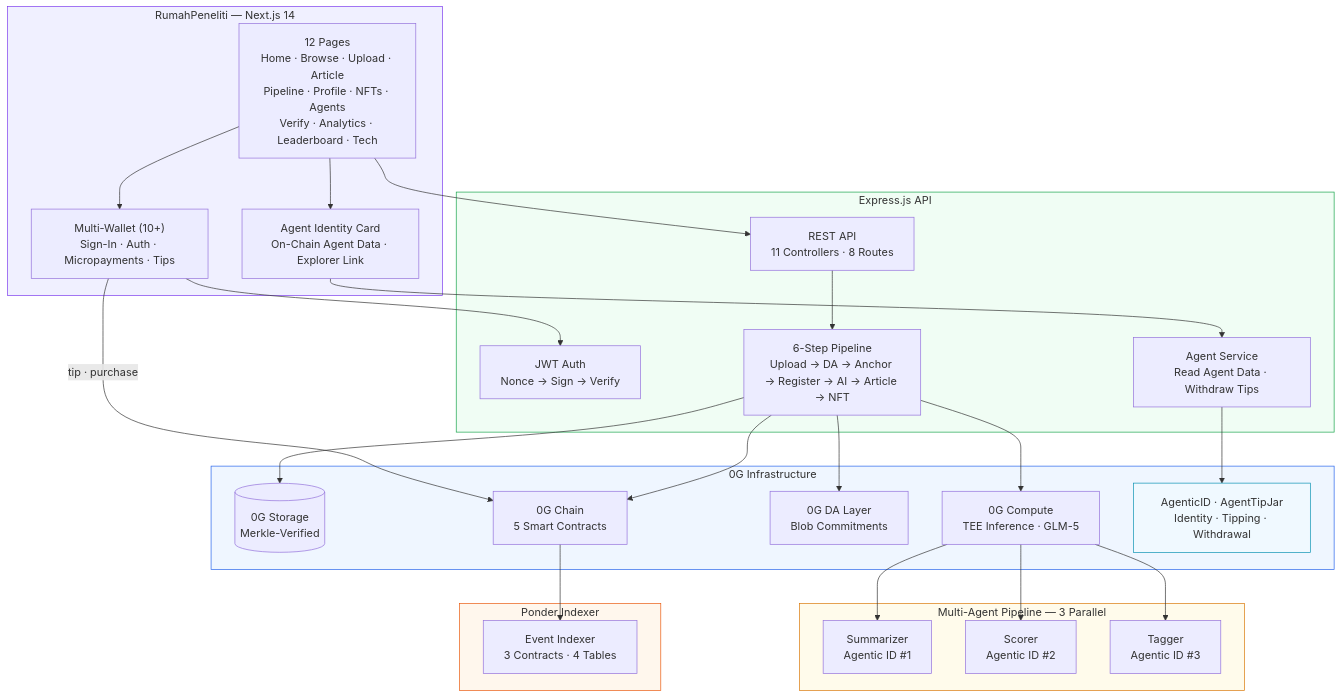
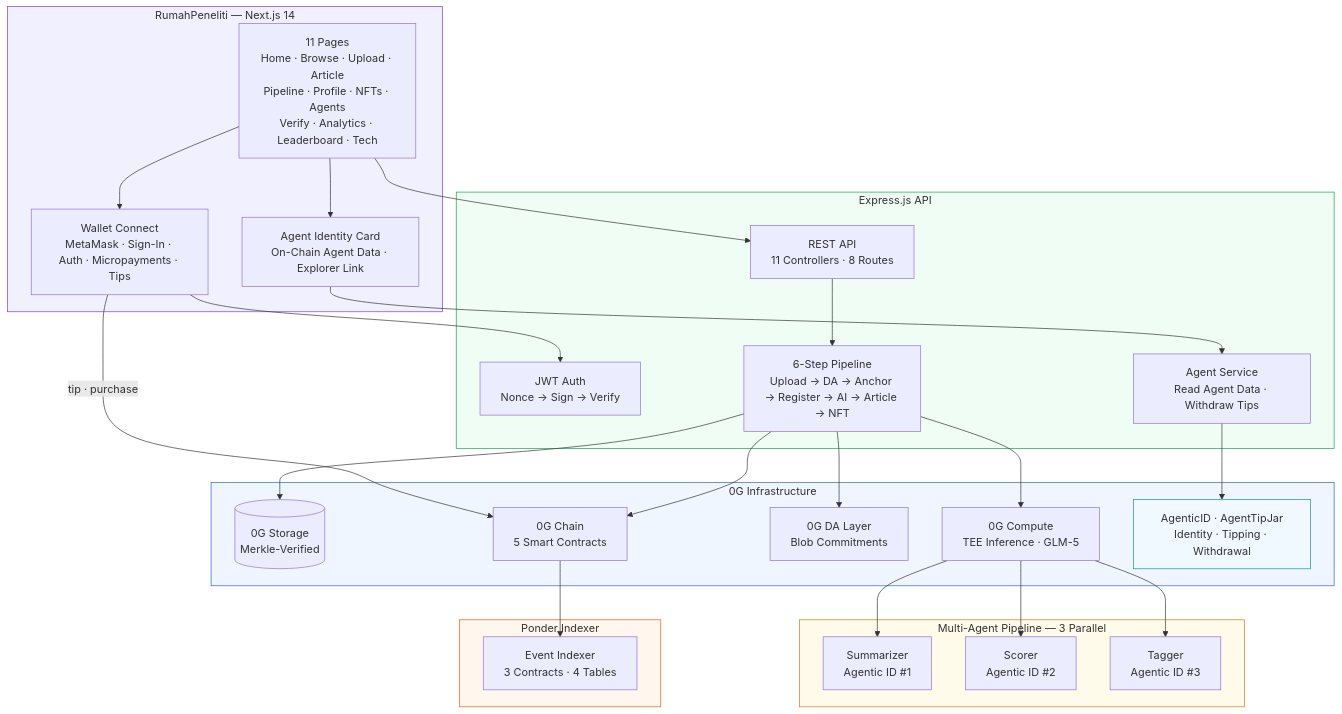
The first of 5 diagrams in README.md (dwlpra/rumah-peneliti), drawn with Mermaid before and after one commit.

Commit message:
docs: fix system overview — 11 pages, wallet connect label

````diff
--- a/README.md
+++ b/README.md
@@ -169,57 +169,57 @@
 ```mermaid
 graph TB
     subgraph Frontend["RumahPeneliti — Next.js 14"]
-        UI["12 Pages<br/>Home · Browse · Upload · Article<br/>Pipeline · Profile · NFTs · Agents<br/>Verify · Analytics · Leaderboard · Tech"]
-        Wallet["Multi-Wallet (10+)<br/>Sign-In · Auth · Micropayments · Tips"]
+        UI["11 Pages<br/>Home · Browse · Upload · Article<br/>Pipeline · Profile · NFTs · Agents<br/>Verify · Analytics · Leaderboard · Tech"]
+        Wallet["Wallet Connect<br/>MetaMask · Sign-In · Auth · Micropayments · Tips"]
         AgentUI["Agent Identity Card<br/>On-Chain Agent Data · Explorer Link"]
     end
 
     subgraph Backend["Express.js API"]
         API["REST API<br/>11 Controllers · 8 Routes"]
         Auth["JWT Auth<br/>Nonce → Sign → Verify"]
         Pipeline["6-Step Pipeline<br/>Upload → DA → Anchor → Register → AI → Article → NFT"]
         AgentSvc["Agent Service<br/>Read Agent Data · Withdraw Tips"]
     end
 
     subgraph AI["Multi-Agent Pipeline — 3 Parallel"]
         Summarizer["Summarizer<br/>Agentic ID #1"]
         Scorer["Scorer<br/>Agentic ID #2"]
         Tagger["Tagger<br/>Agentic ID #3"]
     end
 
     subgraph ZeroG["0G Infrastructure"]
         Storage[("0G Storage<br/>Merkle-Verified")]
         Compute["0G Compute<br/>TEE Inference · GLM-5"]
         DA["0G DA Layer<br/>Blob Commitments"]
         Chain["0G Chain<br/>5 Smart Contracts"]
         AgenticID["AgenticID · AgentTipJar<br/>Identity · Tipping · Withdrawal"]
     end
 
     subgraph Indexer["Ponder Indexer"]
         Ponder["Event Indexer<br/>3 Contracts · 4 Tables"]
     end
 
     UI --> Wallet
     UI --> API
     UI --> AgentUI
     AgentUI --> AgentSvc
     AgentSvc --> AgenticID
     Wallet --> Auth
     Wallet -->|"tip · purchase"| Chain
     API --> Pipeline
     Pipeline --> Storage
     Pipeline --> DA
     Pipeline --> Chain
     Pipeline --> Compute
     Compute --> Summarizer
     Compute --> Scorer
     Compute --> Tagger
     Chain --> Ponder
 
     style Frontend fill:#f0f0ff,stroke:#7c3aed,color:#333
     style Backend fill:#f0fdf4,stroke:#16a34a,color:#333
     style AI fill:#fffbeb,stroke:#d97706,color:#333
     style ZeroG fill:#eff6ff,stroke:#2563eb,color:#333
     style Indexer fill:#fff7ed,stroke:#ea580c,color:#333
     style AgenticID fill:#f0f9ff,stroke:#0891b2,color:#333
 ```
````
